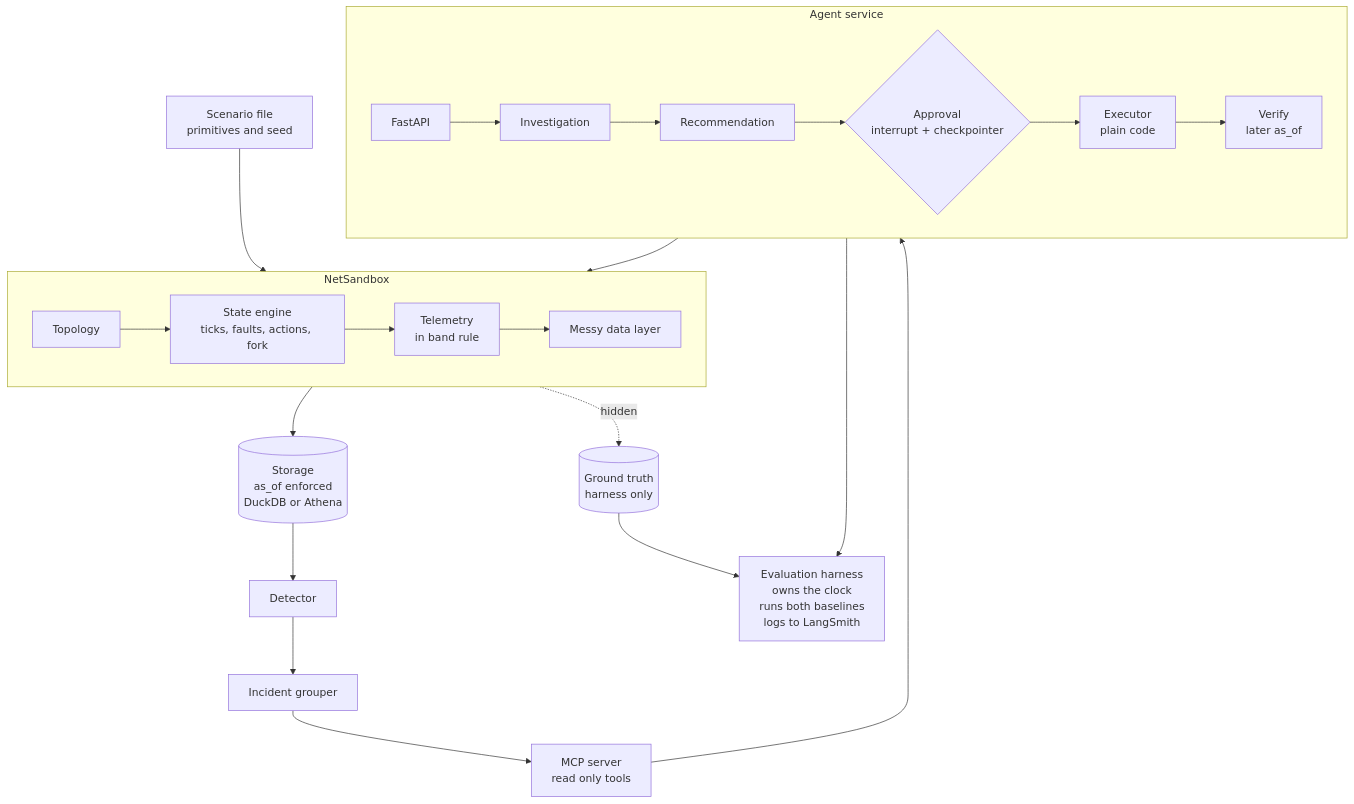
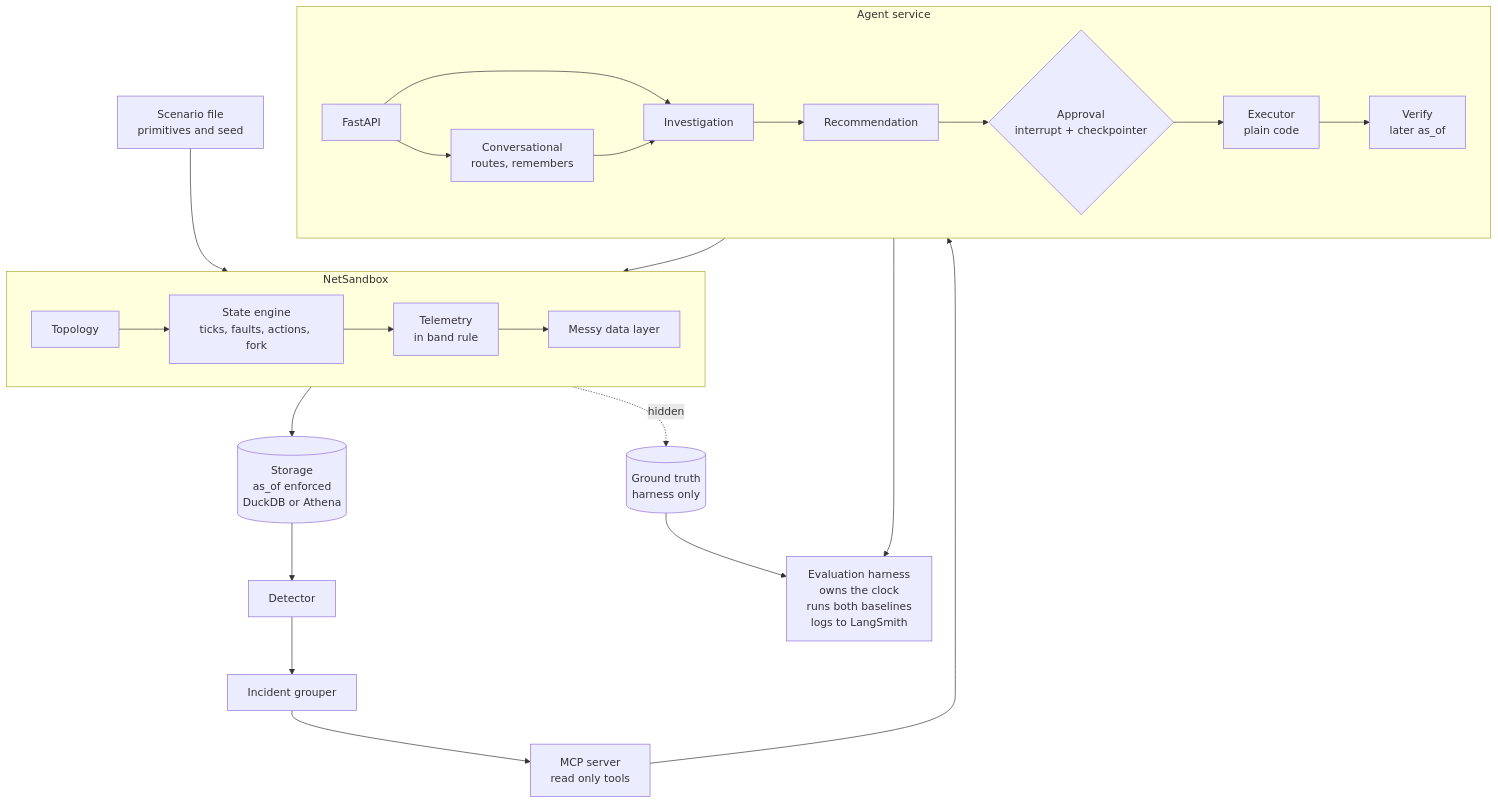
One commit to Reddy-kalwakolu/NetSleuth-Autonomous-Network-Investigation-Agents changed the diagram in docs/design.md. Above: the diagram before and after it, drawn with Mermaid. The commit also changed other lines of this file and 1 other file, not shown here.

Commit message:
Add the conversational agent and expert review workflow to the core scope

````diff
--- a/docs/design.md
+++ b/docs/design.md
@@ -122,31 +124,33 @@
 ```mermaid
 flowchart TB
     SC[Scenario file<br/>primitives and seed] --> SIM
 
     subgraph SIM [NetSandbox]
         direction LR
         TOP[Topology] --> ENG[State engine<br/>ticks, faults, actions, fork]
         ENG --> TEL[Telemetry<br/>in band rule]
         TEL --> MESS[Messy data layer]
     end
 
     ENG -. hidden .-> GT[(Ground truth<br/>harness only)]
     MESS --> STORE[(Storage<br/>as_of enforced<br/>DuckDB or Athena)]
     STORE --> DET[Detector]
     DET --> GRP[Incident grouper]
     GRP --> MCP[MCP server<br/>read only tools]
 
     subgraph SVC [Agent service]
         direction LR
         API[FastAPI] --> INV[Investigation]
+        API --> CONV[Conversational<br/>routes, remembers]
+        CONV --> INV
         INV --> REC[Recommendation]
         REC --> INT{Approval<br/>interrupt + checkpointer}
         INT --> EXE[Executor<br/>plain code]
         EXE --> VER[Verify<br/>later as_of]
     end
 
     MCP --> INV
     EXE --> ENG
     GT --> H[Evaluation harness<br/>owns the clock<br/>runs both baselines<br/>logs to LangSmith]
     VER --> H
 ```
````
